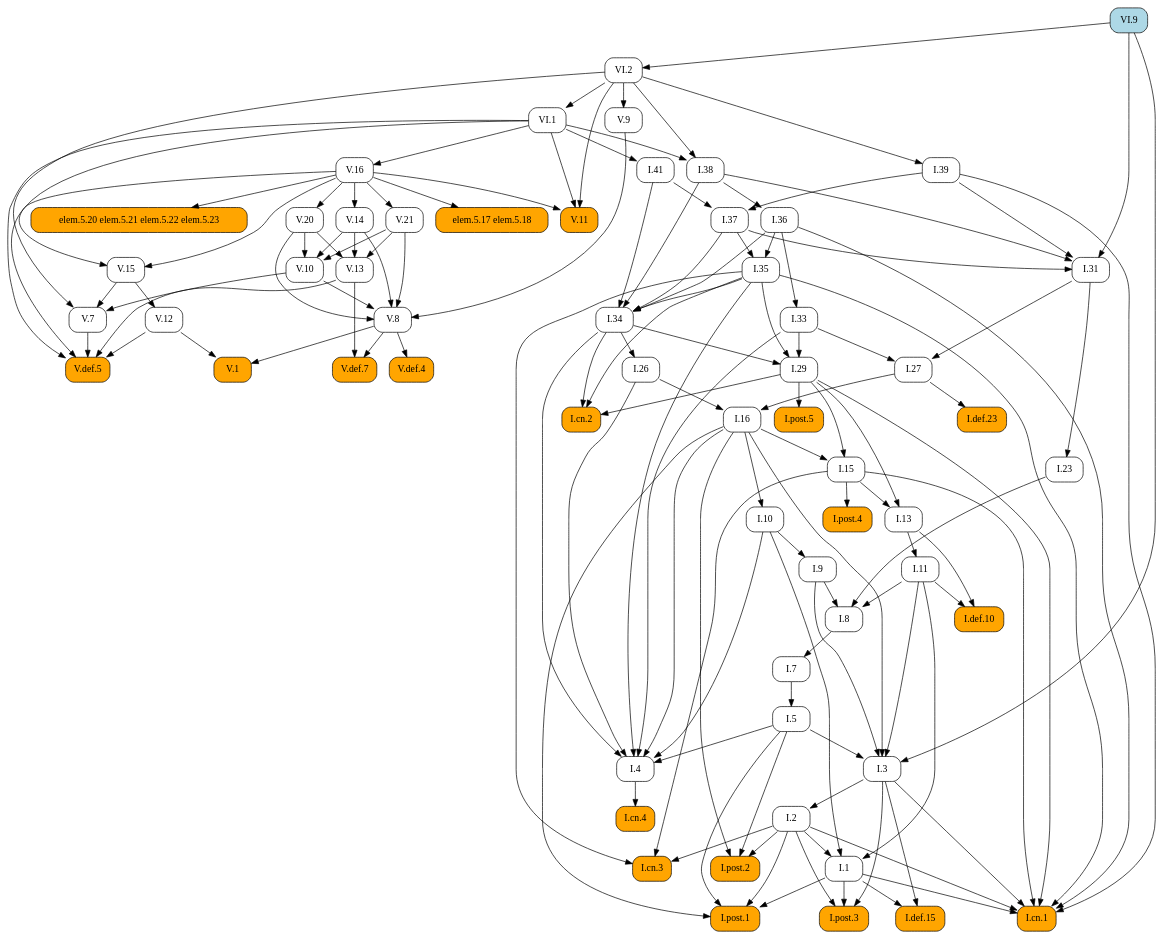
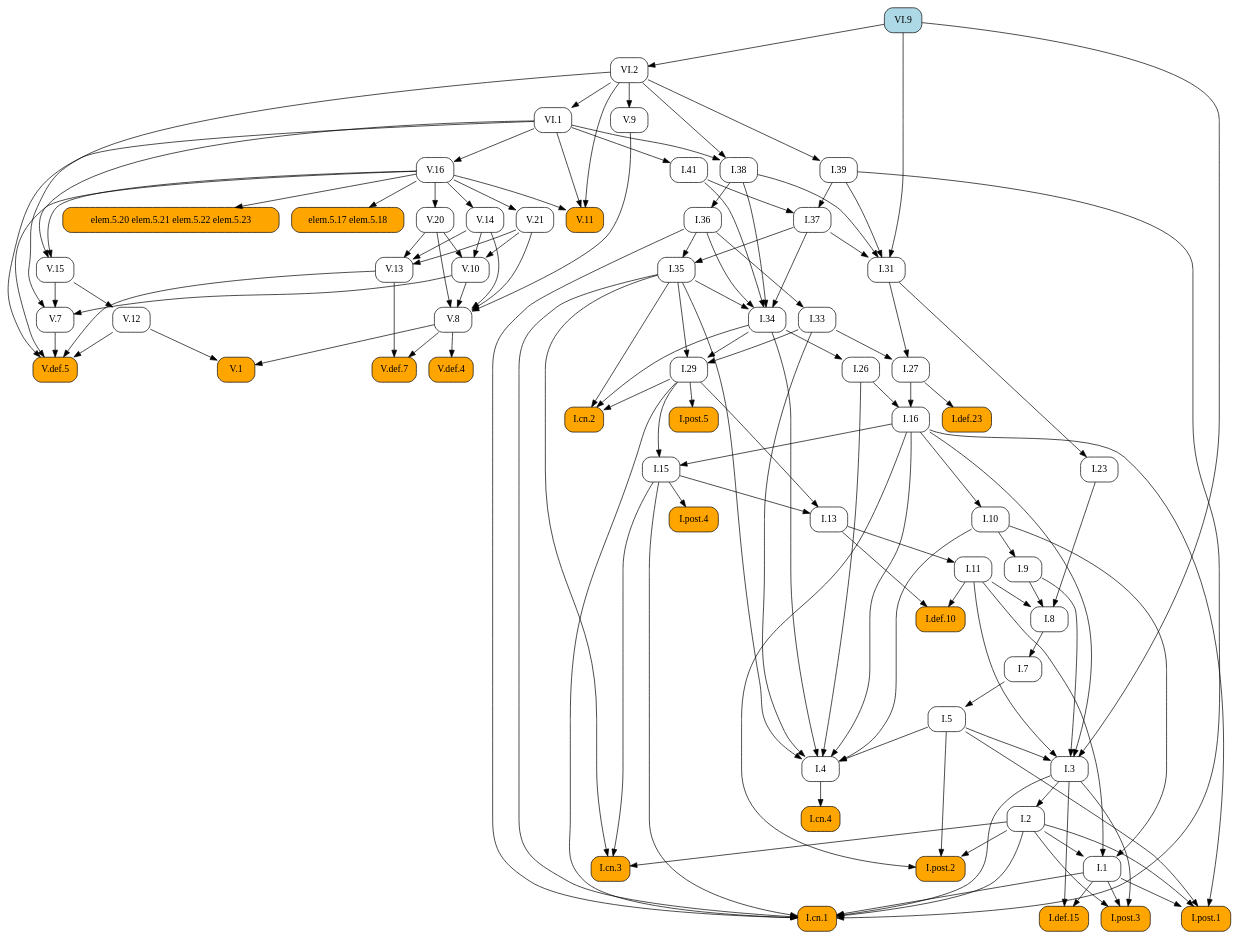
Before and after one commit to geometor/elements: the diagram in docsrc/elements2/VI/9/index.rst, drawn with Graphviz. The commit also changed other lines of this file and 409 other files, not shown here.

First line of the commit message:
feat: Add image cropping and graphic extraction script

```diff
--- a/docsrc/elements2/VI/9/index.rst
+++ b/docsrc/elements2/VI/9/index.rst
@@ -49,137 +49,92 @@
    digraph {
      rankdir="TB";
      node [shape=box, style=rounded];
+     "I.37" [URL="/elements2/I/37/", target="_top"];
+     "V.21" [URL="/elements2/V/21/", target="_top"];
+     "VI.9" [style="rounded,filled", fillcolor=lightblue, URL="/elements2/VI/9/", target="_top"];
+     "I.31" [URL="/elements2/I/31/", target="_top"];
+     "I.41" [URL="/elements2/I/41/", target="_top"];
      "I.8" [URL="/elements2/I/8/", target="_top"];
+     "V.10" [URL="/elements2/V/10/", target="_top"];
+     "V.8" [URL="/elements2/V/8/", target="_top"];
+     "VI.1" [URL="/elements2/VI/1/", target="_top"];
+     "I.15" [URL="/elements2/I/15/", target="_top"];
+     "I.5" [URL="/elements2/I/5/", target="_top"];
+     "V.def.7" [style="rounded,filled", fillcolor=orange, URL="/elements2/V/def.7/", target="_top"];
+     "V.12" [URL="/elements2/V/12/", target="_top"];
+     "I.26" [URL="/elements2/I/26/", target="_top"];
+     "I.cn.1" [style="rounded,filled", fillcolor=orange, URL="/elements2/I/cn.1/", target="_top"];
+     "elem.5.20 elem.5.21 elem.5.22 elem.5.23" [style="rounded,filled", fillcolor=orange];
+     "I.7" [URL="/elements2/I/7/", target="_top"];
+     "V.def.5" [style="rounded,filled", fillcolor=orange, URL="/elements2/V/def.5/", target="_top"];
+     "I.23" [URL="/elements2/I/23/", target="_top"];
+     "I.16" [URL="/elements2/I/16/", target="_top"];
+     "V.9" [URL="/elements2/V/9/", target="_top"];
+     "I.34" [URL="/elements2/I/34/", target="_top"];
+     "I.35" [URL="/elements2/I/35/", target="_top"];
+     "I.33" [URL="/elements2/I/33/", target="_top"];
+     "V.15" [URL="/elements2/V/15/", target="_top"];
+     "V.14" [URL="/elements2/V/14/", target="_top"];
+     "I.def.15" [style="rounded,filled", fillcolor=orange, URL="/elements2/I/def.15/", target="_top"];
+     "elem.5.17 elem.5.18" [style="rounded,filled", fillcolor=orange];
+     "I.38" [URL="/elements2/I/38/", target="_top"];
      "V.20" [URL="/elements2/V/20/", target="_top"];
+     "I.def.23" [style="rounded,filled", fillcolor=orange, URL="/elements2/I/def.23/", target="_top"];
+     "I.post.4" [style="rounded,filled", fillcolor=orange, URL="/elements2/I/post.4/", target="_top"];
+     "V.16" [URL="/elements2/V/16/", target="_top"];
+     "I.11" [URL="/elements2/I/11/", target="_top"];
+     "I.post.5" [style="rounded,filled", fillcolor=orange, URL="/elements2/I/post.5/", target="_top"];
+     "I.def.10" [style="rounded,filled", fillcolor=orange, URL="/elements2/I/def.10/", target="_top"];
+     "I.3" [URL="/elements2/I/3/", target="_top"];
+     "I.10" [URL="/elements2/I/10/", target="_top"];
+     "V.11" [style="rounded,filled", fillcolor=orange, URL="/elements2/V/11/", target="_top"];
+     "I.cn.3" [style="rounded,filled", fillcolor=orange, URL="/elements2/I/cn.3/", target="_top"];
+     "I.13" [URL="/elements2/I/13/", target="_top"];
+     "I.post.3" [style="rounded,filled", fillcolor=orange, URL="/elements2/I/post.3/", target="_top"];
+     "I.4" [URL="/elements2/I/4/", target="_top"];
+     "I.9" [URL="/elements2/I/9/", target="_top"];
+     "I.29" [URL="/elements2/I/29/", target="_top"];
+     "I.39" [URL="/elements2/I/39/", target="_top"];
      "I.36" [URL="/elements2/I/36/", target="_top"];
-     "V.def.5" [style="rounded,filled", fillcolor=orange, URL="/elements2/V/def.5/", target="_top"];
-     "V.def.7" [style="rounded,filled", fillcolor=orange, URL="/elements2/V/def.7/", target="_top"];
+     "V.13" [URL="/elements2/V/13/", target="_top"];
+     "I.2" [URL="/elements2/I/2/", target="_top"];
      "I.post.1" [style="rounded,filled", fillcolor=orange, URL="/elements2/I/post.1/", target="_top"];
      "V.def.4" [style="rounded,filled", fillcolor=orange, URL="/elements2/V/def.4/", target="_top"];
-     "I.33" [URL="/elements2/I/33/", target="_top"];
-     "I.5" [URL="/elements2/I/5/", target="_top"];
-     "I.38" [URL="/elements2/I/38/", target="_top"];
-     "elem.5.17 elem.5.18" [style="rounded,filled", fillcolor=orange];
-     "VI.1" [URL="/elements2/VI/1/", target="_top"];
-     "V.11" [style="rounded,filled", fillcolor=orange, URL="/elements2/V/11/", target="_top"];
-     "I.post.5" [style="rounded,filled", fillcolor=orange, URL="/elements2/I/post.5/", target="_top"];
-     "V.13" [URL="/elements2/V/13/", target="_top"];
-     "I.def.10" [style="rounded,filled", fillcolor=orange, URL="/elements2/I/def.10/", target="_top"];
+     "VI.2" [URL="/elements2/VI/2/", target="_top"];
+     "I.27" [URL="/elements2/I/27/", target="_top"];
+     "V.1" [style="rounded,filled", fillcolor=orange, URL="/elements2/V/1/", target="_top"];
+     "I.1" [URL="/elements2/I/1/", target="_top"];
      "I.cn.2" [style="rounded,filled", fillcolor=orange, URL="/elements2/I/cn.2/", target="_top"];
-     "I.def.15" [style="rounded,filled", fillcolor=orange, URL="/elements2/I/def.15/", target="_top"];
-     "V.9" [URL="/elements2/V/9/", target="_top"];
-     "V.16" [URL="/elements2/V/16/", target="_top"];
-     "I.31" [URL="/elements2/I/31/", target="_top"];
-     "V.15" [URL="/elements2/V/15/", target="_top"];
-     "I.11" [URL="/elements2/I/11/", target="_top"];
-     "I.3" [URL="/elements2/I/3/", target="_top"];
+     "V.7" [URL="/elements2/V/7/", target="_top"];
+     "I.cn.4" [style="rounded,filled", fillcolor=orange, URL="/elements2/I/cn.4/", target="_top"];
      "I.post.2" [style="rounded,filled", fillcolor=orange, URL="/elements2/I/post.2/", target="_top"];
-     "I.def.23" [style="rounded,filled", fillcolor=orange, URL="/elements2/I/def.23/", target="_top"];
-     "I.26" [URL="/elements2/I/26/", target="_top"];
-     "VI.9" [style="rounded,filled", fillcolor=lightblue, URL="/elements2/VI/9/", target="_top"];
-     "V.14" [URL="/elements2/V/14/", target="_top"];
-     "V.10" [URL="/elements2/V/10/", target="_top"];
-     "I.1" [URL="/elements2/I/1/", target="_top"];
-     "I.cn.3" [style="rounded,filled", fillcolor=orange, URL="/elements2/I/cn.3/", target="_top"];
-     "I.cn.4" [style="rounded,filled", fillcolor=orange, URL="/elements2/I/cn.4/", target="_top"];
-     "I.7" [URL="/elements2/I/7/", target="_top"];
-     "I.9" [URL="/elements2/I/9/", target="_top"];
-     "V.7" [URL="/elements2/V/7/", target="_top"];
-     "I.cn.1" [style="rounded,filled", fillcolor=orange, URL="/elements2/I/cn.1/", target="_top"];
-     "I.29" [URL="/elements2/I/29/", target="_top"];
-     "I.16" [URL="/elements2/I/16/", target="_top"];
-     "V.1" [style="rounded,filled", fillcolor=orange, URL="/elements2/V/1/", target="_top"];
-     "V.12" [URL="/elements2/V/12/", target="_top"];
-     "V.21" [URL="/elements2/V/21/", target="_top"];
-     "elem.5.20 elem.5.21 elem.5.22 elem.5.23" [style="rounded,filled", fillcolor=orange];
-     "I.41" [URL="/elements2/I/41/", target="_top"];
-     "I.35" [URL="/elements2/I/35/", target="_top"];
-     "I.2" [URL="/elements2/I/2/", target="_top"];
-     "I.13" [URL="/elements2/I/13/", target="_top"];
-     "I.27" [URL="/elements2/I/27/", target="_top"];
-     "I.37" [URL="/elements2/I/37/", target="_top"];
-     "I.4" [URL="/elements2/I/4/", target="_top"];
-     "V.8" [URL="/elements2/V/8/", target="_top"];
-     "VI.2" [URL="/elements2/VI/2/", target="_top"];
-     "I.39" [URL="/elements2/I/39/", target="_top"];
-     "I.10" [URL="/elements2/I/10/", target="_top"];
-     "I.15" [URL="/elements2/I/15/", target="_top"];
-     "I.post.4" [style="rounded,filled", fillcolor=orange, URL="/elements2/I/post.4/", target="_top"];
-     "I.34" [URL="/elements2/I/34/", target="_top"];
-     "I.23" [URL="/elements2/I/23/", target="_top"];
-     "I.post.3" [style="rounded,filled", fillcolor=orange, URL="/elements2/I/post.3/", target="_top"];
-     "I.9" -> "I.8";
-     "I.11" -> "I.8";
-     "I.23" -> "I.8";
-     "V.16" -> "V.20";
-     "I.38" -> "I.36";
-     "V.7" -> "V.def.5";
-     "V.12" -> "V.def.5";
-     "V.13" -> "V.def.5";
-     "V.16" -> "V.def.5";
-     "VI.1" -> "V.def.5";
-     "V.8" -> "V.def.7";
-     "V.13" -> "V.def.7";
-     "I.1" -> "I.post.1";
-     "I.2" -> "I.post.1";
-     "I.5" -> "I.post.1";
-     "I.16" -> "I.post.1";
-     "V.8" -> "V.def.4";
-     "I.36" -> "I.33";
-     "I.7" -> "I.5";
-     "VI.1" -> "I.38";
-     "VI.2" -> "I.38";
-     "V.16" -> "elem.5.17 elem.5.18";
-     "VI.2" -> "VI.1";
-     "V.16" -> "V.11";
-     "VI.1" -> "V.11";
-     "VI.2" -> "V.11";
-     "I.29" -> "I.post.5";
-     "V.14" -> "V.13";
-     "V.20" -> "V.13";
-     "V.21" -> "V.13";
-     "I.11" -> "I.def.10";
-     "I.13" -> "I.def.10";
-     "I.29" -> "I.cn.2";
-     "I.34" -> "I.cn.2";
-     "I.35" -> "I.cn.2";
-     "I.1" -> "I.def.15";
-     "I.3" -> "I.def.15";
-     "VI.2" -> "V.9";
-     "VI.1" -> "V.16";
+     "I.39" -> "I.37";
+     "I.41" -> "I.37";
+     "V.16" -> "V.21";
      "I.37" -> "I.31";
      "I.38" -> "I.31";
      "I.39" -> "I.31";
      "VI.9" -> "I.31";
-     "V.16" -> "V.15";
-     "VI.1" -> "V.15";
-     "I.13" -> "I.11";
-     "I.5" -> "I.3";
-     "I.9" -> "I.3";
-     "I.11" -> "I.3";
-     "I.16" -> "I.3";
-     "VI.9" -> "I.3";
-     "I.2" -> "I.post.2";
-     "I.5" -> "I.post.2";
-     "I.16" -> "I.post.2";
-     "I.27" -> "I.def.23";
-     "I.34" -> "I.26";
-     "V.16" -> "V.14";
+     "VI.1" -> "I.41";
+     "I.9" -> "I.8";
+     "I.11" -> "I.8";
+     "I.23" -> "I.8";
      "V.14" -> "V.10";
      "V.20" -> "V.10";
      "V.21" -> "V.10";
-     "I.2" -> "I.1";
-     "I.10" -> "I.1";
-     "I.11" -> "I.1";
-     "I.2" -> "I.cn.3";
-     "I.15" -> "I.cn.3";
-     "I.35" -> "I.cn.3";
-     "I.4" -> "I.cn.4";
-     "I.8" -> "I.7";
-     "I.10" -> "I.9";
-     "V.10" -> "V.7";
-     "V.15" -> "V.7";
-     "VI.2" -> "V.7";
+     "V.9" -> "V.8";
+     "V.10" -> "V.8";
+     "V.14" -> "V.8";
+     "V.20" -> "V.8";
+     "V.21" -> "V.8";
+     "VI.2" -> "VI.1";
+     "I.16" -> "I.15";
+     "I.29" -> "I.15";
+     "I.7" -> "I.5";
+     "V.8" -> "V.def.7";
+     "V.13" -> "V.def.7";
+     "V.15" -> "V.12";
+     "I.34" -> "I.26";
      "I.1" -> "I.cn.1";
      "I.2" -> "I.cn.1";
      "I.3" -> "I.cn.1";
@@ -188,26 +143,58 @@
      "I.35" -> "I.cn.1";
      "I.36" -> "I.cn.1";
      "I.39" -> "I.cn.1";
-     "I.33" -> "I.29";
-     "I.34" -> "I.29";
-     "I.35" -> "I.29";
+     "V.16" -> "elem.5.20 elem.5.21 elem.5.22 elem.5.23";
+     "I.8" -> "I.7";
+     "V.7" -> "V.def.5";
+     "V.12" -> "V.def.5";
+     "V.13" -> "V.def.5";
+     "V.16" -> "V.def.5";
+     "VI.1" -> "V.def.5";
+     "I.31" -> "I.23";
      "I.26" -> "I.16";
      "I.27" -> "I.16";
-     "V.8" -> "V.1";
-     "V.12" -> "V.1";
-     "V.15" -> "V.12";
-     "V.16" -> "V.21";
-     "V.16" -> "elem.5.20 elem.5.21 elem.5.22 elem.5.23";
-     "VI.1" -> "I.41";
+     "VI.2" -> "V.9";
+     "I.35" -> "I.34";
+     "I.36" -> "I.34";
+     "I.37" -> "I.34";
+     "I.38" -> "I.34";
+     "I.41" -> "I.34";
      "I.36" -> "I.35";
      "I.37" -> "I.35";
-     "I.3" -> "I.2";
+     "I.36" -> "I.33";
+     "V.16" -> "V.15";
+     "VI.1" -> "V.15";
+     "V.16" -> "V.14";
+     "I.1" -> "I.def.15";
+     "I.3" -> "I.def.15";
+     "V.16" -> "elem.5.17 elem.5.18";
+     "VI.1" -> "I.38";
+     "VI.2" -> "I.38";
+     "V.16" -> "V.20";
+     "I.27" -> "I.def.23";
+     "I.15" -> "I.post.4";
+     "VI.1" -> "V.16";
+     "I.13" -> "I.11";
+     "I.29" -> "I.post.5";
+     "I.11" -> "I.def.10";
+     "I.13" -> "I.def.10";
+     "I.5" -> "I.3";
+     "I.9" -> "I.3";
+     "I.11" -> "I.3";
+     "I.16" -> "I.3";
+     "VI.9" -> "I.3";
+     "I.16" -> "I.10";
+     "V.16" -> "V.11";
+     "VI.1" -> "V.11";
+     "VI.2" -> "V.11";
+     "I.2" -> "I.cn.3";
+     "I.15" -> "I.cn.3";
+     "I.35" -> "I.cn.3";
      "I.15" -> "I.13";
      "I.29" -> "I.13";
-     "I.31" -> "I.27";
-     "I.33" -> "I.27";
-     "I.39" -> "I.37";
-     "I.41" -> "I.37";
+     "I.1" -> "I.post.3";
+     "I.2" -> "I.post.3";
+     "I.3" -> "I.post.3";
      "I.5" -> "I.4";
      "I.10" -> "I.4";
      "I.16" -> "I.4";
@@ -215,24 +202,37 @@
      "I.33" -> "I.4";
      "I.34" -> "I.4";
      "I.35" -> "I.4";
-     "V.9" -> "V.8";
-     "V.10" -> "V.8";
-     "V.14" -> "V.8";
-     "V.20" -> "V.8";
-     "V.21" -> "V.8";
+     "I.10" -> "I.9";
+     "I.33" -> "I.29";
+     "I.34" -> "I.29";
+     "I.35" -> "I.29";
+     "VI.2" -> "I.39";
+     "I.38" -> "I.36";
+     "V.14" -> "V.13";
+     "V.20" -> "V.13";
+     "V.21" -> "V.13";
+     "I.3" -> "I.2";
+     "I.1" -> "I.post.1";
+     "I.2" -> "I.post.1";
+     "I.5" -> "I.post.1";
+     "I.16" -> "I.post.1";
+     "V.8" -> "V.def.4";
      "VI.9" -> "VI.2";
-     "VI.2" -> "I.39";
-     "I.16" -> "I.10";
-     "I.16" -> "I.15";
-     "I.29" -> "I.15";
-     "I.15" -> "I.post.4";
-     "I.35" -> "I.34";
-     "I.36" -> "I.34";
-     "I.37" -> "I.34";
-     "I.38" -> "I.34";
-     "I.41" -> "I.34";
-     "I.31" -> "I.23";
-     "I.1" -> "I.post.3";
-     "I.2" -> "I.post.3";
-     "I.3" -> "I.post.3";
+     "I.31" -> "I.27";
+     "I.33" -> "I.27";
+     "V.8" -> "V.1";
+     "V.12" -> "V.1";
+     "I.2" -> "I.1";
+     "I.10" -> "I.1";
+     "I.11" -> "I.1";
+     "I.29" -> "I.cn.2";
+     "I.34" -> "I.cn.2";
+     "I.35" -> "I.cn.2";
+     "V.10" -> "V.7";
+     "V.15" -> "V.7";
+     "VI.2" -> "V.7";
+     "I.4" -> "I.cn.4";
+     "I.2" -> "I.post.2";
+     "I.5" -> "I.post.2";
+     "I.16" -> "I.post.2";
    }
```
